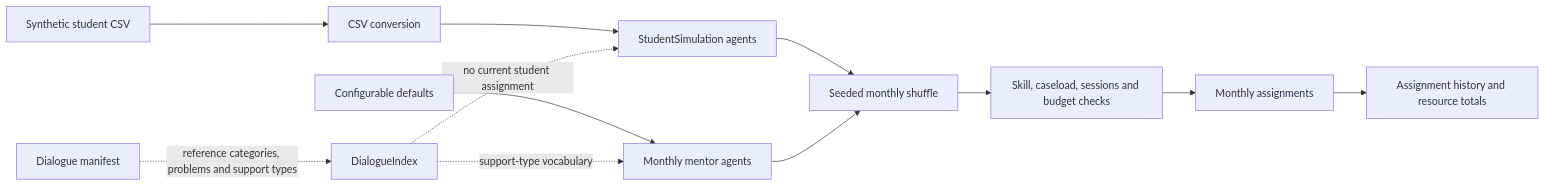
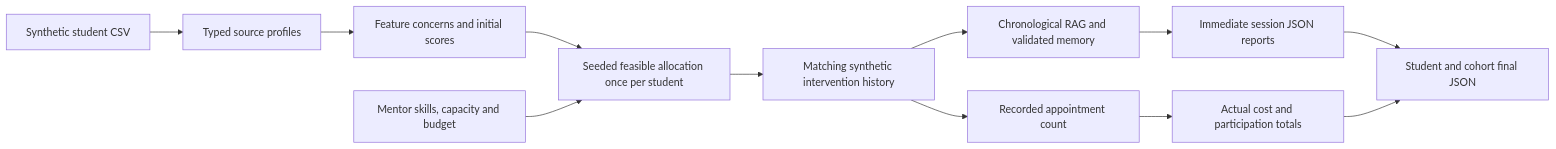
The second of 3 diagrams in README.md (Shuniy/Prevent-Dropout-with-Limited-Tutor-Interventions), drawn with Mermaid before and after one commit. The commit also changed other lines of this file and 14 other files, not shown here.

Commit message:
As of now, my plan is to randomly assign students to mentors, then intervention starts, which each intervention on students providing a result in json format.

````diff
--- a/README.md
+++ b/README.md
@@ -231,14 +331,14 @@
 ```mermaid
 flowchart LR
-    A[Synthetic student CSV] --> B[CSV conversion]
-    B --> C[StudentSimulation agents]
-    D[Configurable defaults] --> E[Monthly mentor agents]
-    J[Dialogue manifest] -. reference categories, problems and support types .-> K[DialogueIndex]
-    K -. no current student assignment .-> C
-    K -. support-type vocabulary .-> E
-    C --> F[Seeded monthly shuffle]
-    E --> F
-    F --> G[Skill, caseload, sessions and budget checks]
-    G --> H[Monthly assignments]
-    H --> I[Assignment history and resource totals]
+    A[Synthetic student CSV] --> B[Typed source profiles]
+    B --> C[Feature concerns and initial scores]
+    C --> D[Seeded feasible allocation once per student]
+    M[Mentor skills, capacity and budget] --> D
+    D --> E[Matching synthetic intervention history]
+    E --> F[Chronological RAG and validated memory]
+    F --> G[Immediate session JSON reports]
+    G --> H[Student and cohort final JSON]
+    E --> I[Recorded appointment count]
+    I --> J[Actual cost and participation totals]
+    J --> H
 ```
````
